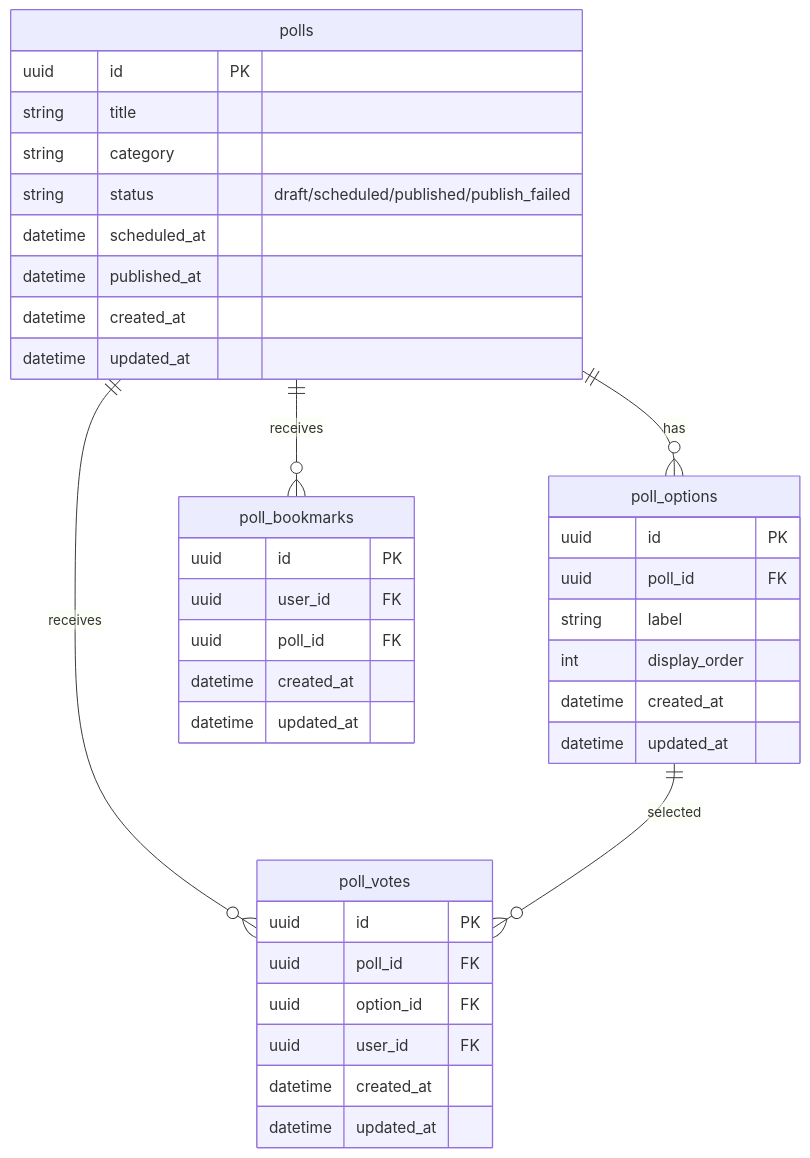
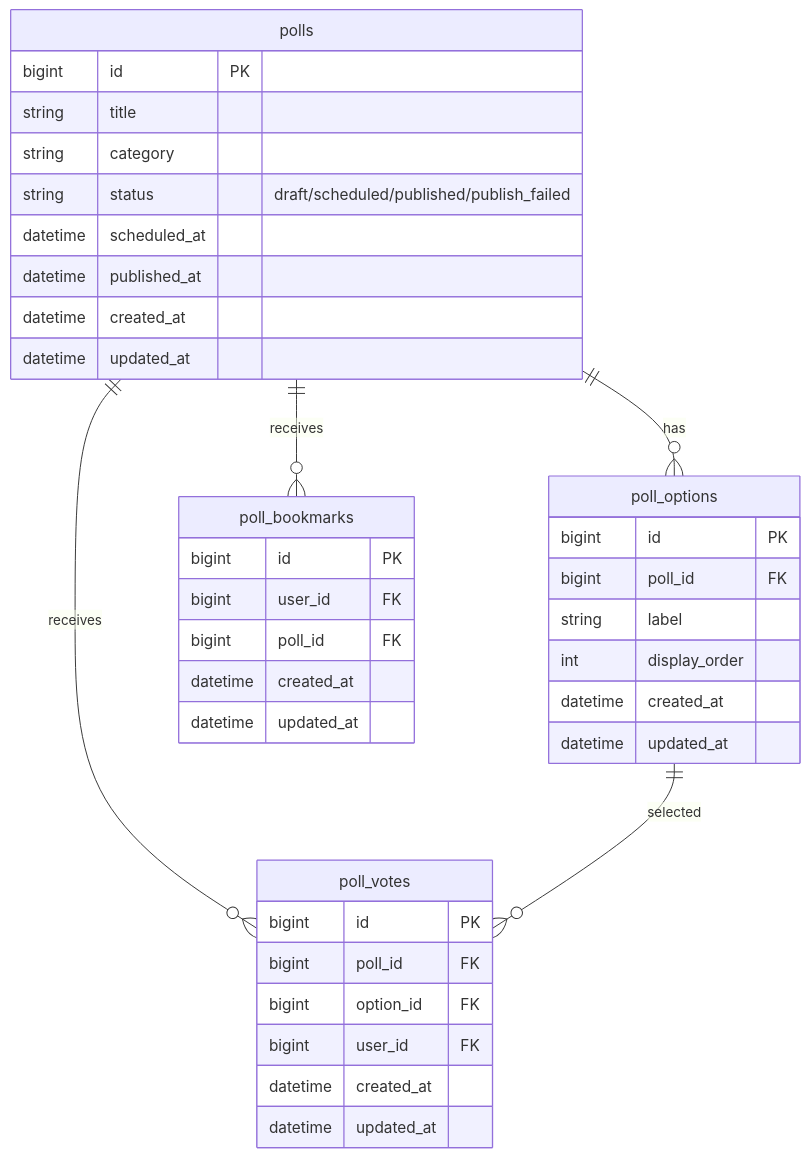
One commit to RRRRRRR-777/SikouLab changed the first of 3 diagrams in docs/functions/poll/home.md. Above: the diagram before and after it, drawn with Mermaid. The commit also changed 19 other files, not shown here.

````diff
--- a/docs/functions/poll/home.md
+++ b/docs/functions/poll/home.md
@@ -123,45 +123,45 @@
 ```mermaid
 erDiagram
     %% 正: docs/versions/1_0_0/data-model.md
     polls ||--o{ poll_options : "has"
     polls ||--o{ poll_votes : "receives"
     polls ||--o{ poll_bookmarks : "receives"
     poll_options ||--o{ poll_votes : "selected"
 
     polls {
-        uuid id PK
+        bigint id PK
         string title
         string category
         string status "draft/scheduled/published/publish_failed"
         datetime scheduled_at
         datetime published_at
         datetime created_at
         datetime updated_at
     }
 
     poll_options {
-        uuid id PK
-        uuid poll_id FK
+        bigint id PK
+        bigint poll_id FK
         string label
         int display_order
         datetime created_at
         datetime updated_at
     }
 
     poll_votes {
-        uuid id PK
-        uuid poll_id FK
-        uuid option_id FK
-        uuid user_id FK
+        bigint id PK
+        bigint poll_id FK
+        bigint option_id FK
+        bigint user_id FK
         datetime created_at
         datetime updated_at
     }
 
     poll_bookmarks {
-        uuid id PK
-        uuid user_id FK
-        uuid poll_id FK
+        bigint id PK
+        bigint user_id FK
+        bigint poll_id FK
         datetime created_at
         datetime updated_at
     }
 ```
````
